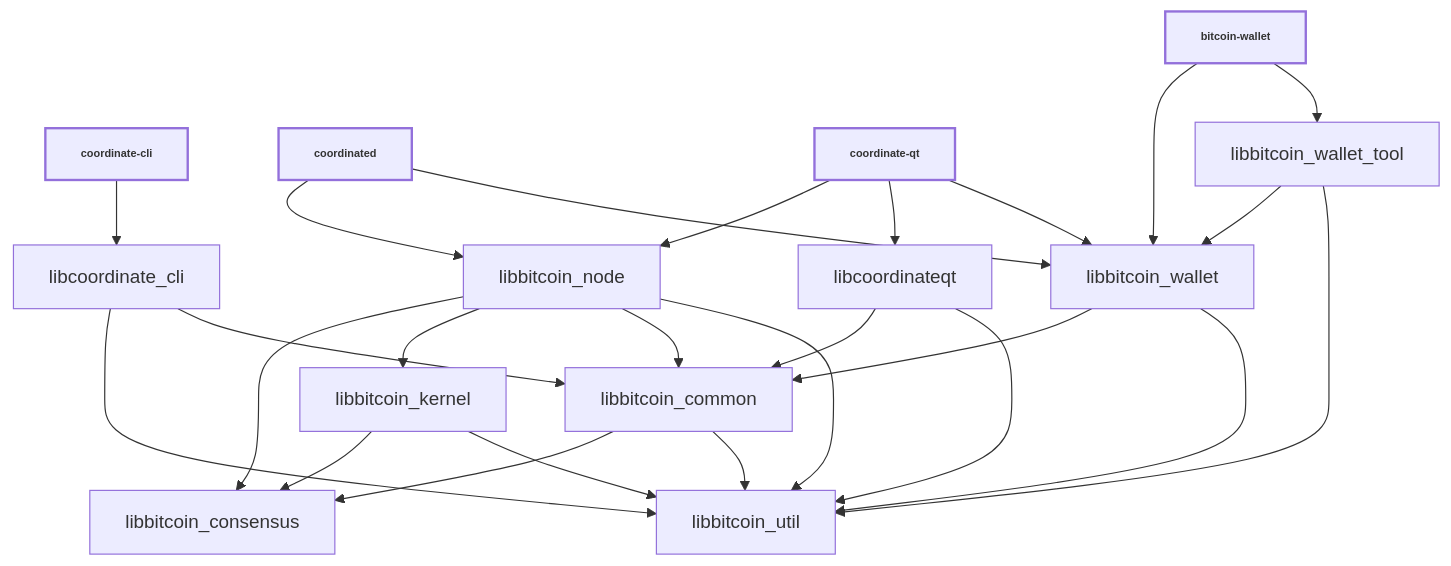
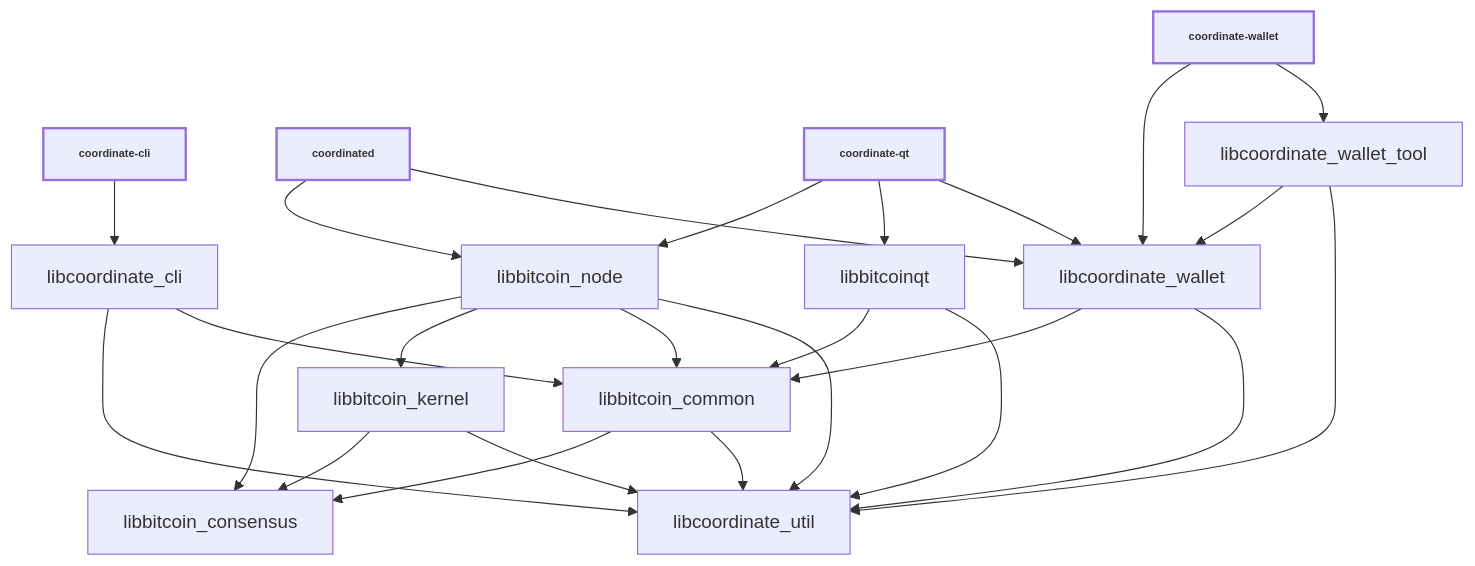
The diagram in doc/design/libraries.md (AnduroHackathon/coordinate-node), drawn with Mermaid before and after one commit. The commit also changed other lines of this file and 1385 other files, not shown here.

````diff
--- a/doc/design/libraries.md
+++ b/doc/design/libraries.md
@@ -36,44 +36,44 @@
 ```mermaid
 
 %%{ init : { "flowchart" : { "curve" : "basis" }}}%%
 
 graph TD;
 
 coordinate-cli[coordinate-cli]-->libcoordinate_cli;
 
 coordinated[coordinated]-->libbitcoin_node;
-coordinated[coordinated]-->libbitcoin_wallet;
+coordinated[coordinated]-->libcoordinate_wallet;
 
 coordinate-qt[coordinate-qt]-->libbitcoin_node;
-coordinate-qt[coordinate-qt]-->libcoordinateqt;
-coordinate-qt[coordinate-qt]-->libbitcoin_wallet;
+coordinate-qt[coordinate-qt]-->libbitcoinqt;
+coordinate-qt[coordinate-qt]-->libcoordinate_wallet;
 
-bitcoin-wallet[bitcoin-wallet]-->libbitcoin_wallet;
-bitcoin-wallet[bitcoin-wallet]-->libbitcoin_wallet_tool;
+coordinate-wallet[coordinate-wallet]-->libcoordinate_wallet;
+coordinate-wallet[coordinate-wallet]-->libcoordinate_wallet_tool;
 
-libcoordinate_cli-->libbitcoin_util;
+libcoordinate_cli-->libcoordinate_util;
 libcoordinate_cli-->libbitcoin_common;
 
 libbitcoin_common-->libbitcoin_consensus;
-libbitcoin_common-->libbitcoin_util;
+libbitcoin_common-->libcoordinate_util;
 
 libbitcoin_kernel-->libbitcoin_consensus;
-libbitcoin_kernel-->libbitcoin_util;
+libbitcoin_kernel-->libcoordinate_util;
 
 libbitcoin_node-->libbitcoin_consensus;
 libbitcoin_node-->libbitcoin_kernel;
 libbitcoin_node-->libbitcoin_common;
-libbitcoin_node-->libbitcoin_util;
+libbitcoin_node-->libcoordinate_util;
 
-libcoordinateqt-->libbitcoin_common;
-libcoordinateqt-->libbitcoin_util;
+libbitcoinqt-->libbitcoin_common;
+libbitcoinqt-->libcoordinate_util;
 
-libbitcoin_wallet-->libbitcoin_common;
-libbitcoin_wallet-->libbitcoin_util;
+libcoordinate_wallet-->libbitcoin_common;
+libcoordinate_wallet-->libcoordinate_util;
 
-libbitcoin_wallet_tool-->libbitcoin_wallet;
-libbitcoin_wallet_tool-->libbitcoin_util;
+libcoordinate_wallet_tool-->libcoordinate_wallet;
+libcoordinate_wallet_tool-->libcoordinate_util;
 
 classDef bold stroke-width:2px, font-weight:bold, font-size: smaller;
-class coordinate-qt,coordinated,coordinate-cli,bitcoin-wallet bold
+class coordinate-qt,coordinated,coordinate-cli,coordinate-wallet bold
 ```
````
